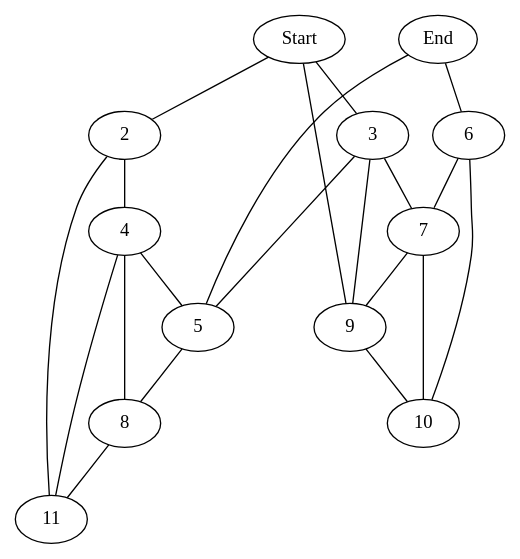
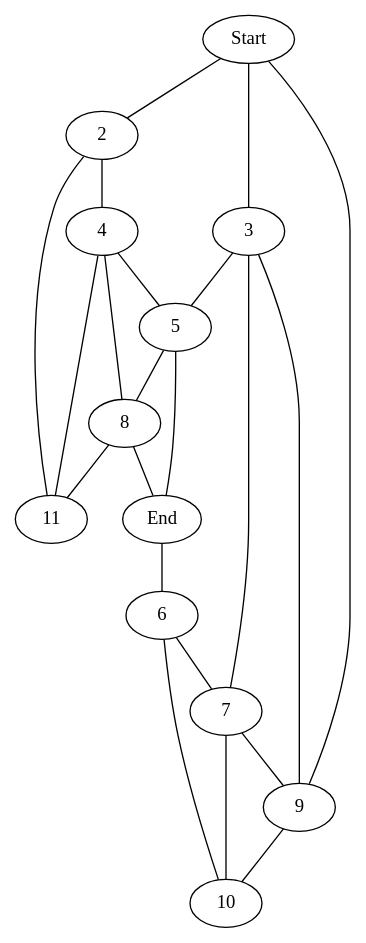
Before and after one commit to Narvik09/Shannon-Switching-Game: the diagram in screens/gameScreen/assets/dotFiles/Level_2.dot, drawn with Graphviz. The commit also changed 5 other files, not shown here.

```diff
--- a/screens/gameScreen/assets/dotFiles/Level_2.dot
+++ b/screens/gameScreen/assets/dotFiles/Level_2.dot
@@ -1,57 +1,58 @@
 graph prob24 {
     Start [pos = "189, 90";];
     End [pos = "366, 370";];
     2 [pos = "95, 154";];
     3 [pos = "318, 157";];
     4 [pos = "139, 306";];
     5 [pos = "256, 305";];
     6 [pos = "510, 309";];
     7 [pos = "430, 167";];
     8 [pos = "234, 424";];
     9 [pos = "365, 49";];
     10 [pos = "553, 78";];
     11 [pos = "33, 372";];
     
     Start -- 2 [key = "12";];
     2 -- 4 [key = "13";];
     4 -- 5 [key = "14";];
     End -- 5 [key = "15";];
     End -- 6 [key = "16";];
     6 -- 7 [key = "17";];
     3 -- 7 [key = "18";];
     Start -- 3 [key = "19";];
     3 -- 5 [key = "20";];
     Start -- 9 [key = "21";];
     7 -- 9 [key = "22";];
     3 -- 9 [key = "23";];
+    8 -- End [key = "24";];
     5 -- 8 [key = "25";];
     4 -- 8 [key = "26";];
     6 -- 10 [key = "27";];
     9 -- 10 [key = "28";];
     7 -- 10 [key = "29";];
     4 -- 11 [key = "30";];
     8 -- 11 [key = "31";];
     2 -- 11 [key = "32";];
     
     // StartD -- v2D [key = "12";];
     // v1D -- v2D [key = "13";];
     // v2D -- v4D [key = "14";];
     // v6D -- v7D [key = "15";];
     // EndD -- v6D [key = "16";];
     // v6D -- v9D [key = "17";];
     // v6D -- v10D [key = "18";];
     // v2D -- v5D [key = "19";];
     // v6D -- v2D [key = "20";];
     // EndD -- v5D [key = "21";];
     // v10D -- v8D [key = "22";];
     // v10D -- v5D [key = "23";];
     // StartD -- v7D [key = "24";];
     // v7D -- v4D [key = "25";];
     // v3D -- v4D [key = "26";];
     // EndD -- v9D [key = "27";];
     // EndD -- v8D [key = "28";];
     // v9D -- v8D [key = "29";];
     // v3D -- v1D [key = "30";];
     // StartD -- v3D [key = "31";];
     // StartD -- v1D [key = "32";];
 }
```
